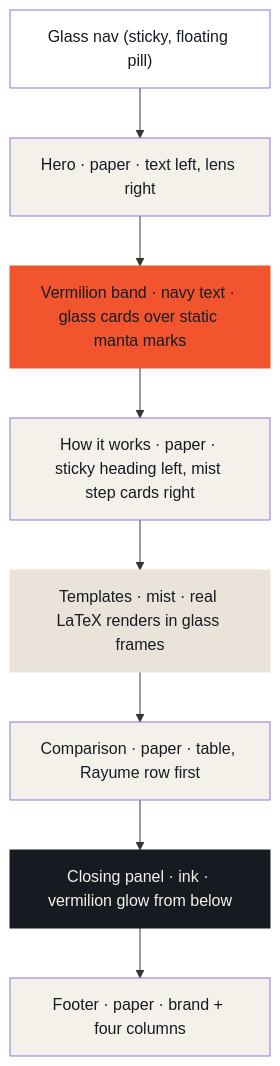
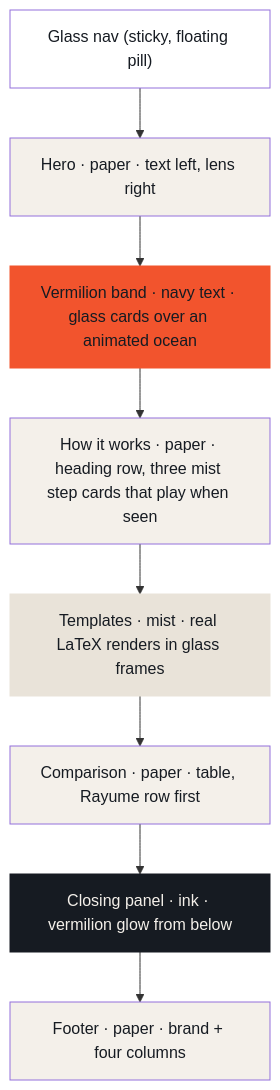
Before and after one commit to PUCTech/rayume: the second of 8 diagrams in docs/design/README.md, drawn with Mermaid. The commit also changed other lines of this file and 5 other files, not shown here.

First line of the commit message:
feat(frontend): animated ocean behind the vermilion band

````diff
--- a/docs/design/README.md
+++ b/docs/design/README.md
@@ -114,21 +114,21 @@
 ```mermaid
 flowchart TB
   nav["Glass nav (sticky, floating pill)"]
   hero["Hero · paper · text left, lens right"]
-  band["Vermilion band · navy text · glass cards over static manta marks"]
-  how["How it works · paper · sticky heading left, mist step cards right"]
+  band["Vermilion band · navy text · glass cards over an animated ocean"]
+  how["How it works · paper · heading row, three mist step cards that play when seen"]
   tpl["Templates · mist · real LaTeX renders in glass frames"]
   why["Comparison · paper · table, Rayume row first"]
   cta["Closing panel · ink · vermilion glow from below"]
   foot["Footer · paper · brand + four columns"]
   nav --> hero --> band --> how --> tpl --> why --> cta --> foot
 
   style band fill:#F2542D,color:#161B22,stroke:#F2542D
   style tpl fill:#E9E3D9,color:#161B22,stroke:#E9E3D9
   style cta fill:#161B22,color:#F4F0EA,stroke:#161B22
   style hero fill:#F4F0EA,color:#161B22
   style how fill:#F4F0EA,color:#161B22
   style why fill:#F4F0EA,color:#161B22
   style foot fill:#F4F0EA,color:#161B22
   style nav fill:#FFFFFF,color:#161B22
 ```
````
